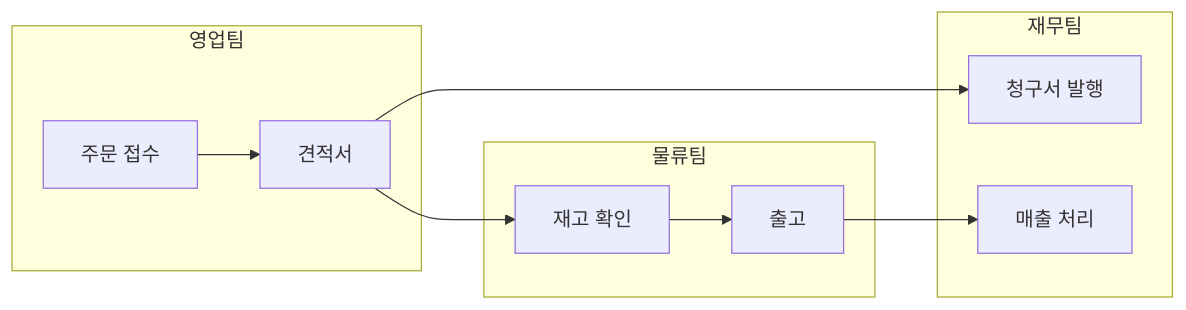
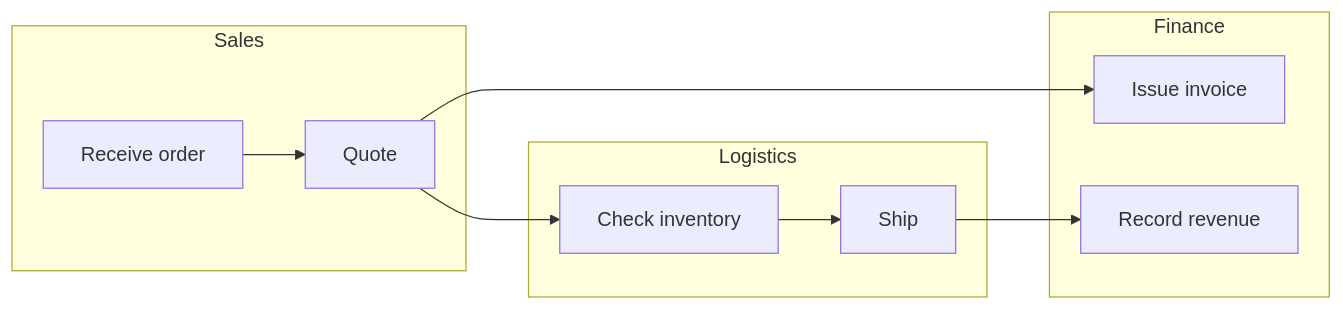
One commit to chodolmu/taskforge-pro changed the third of 3 diagrams in harnesses/operations/operations-manual/skills/flowchart-standards/skill.md. Above: the diagram before and after it, drawn with Mermaid. The commit also changed other lines of this file and 952 other files, not shown here.

````diff
--- a/harnesses/operations/operations-manual/skills/flowchart-standards/skill.md
+++ b/harnesses/operations/operations-manual/skills/flowchart-standards/skill.md
@@ -52,14 +52,14 @@
 ```mermaid
 flowchart LR
-    subgraph 영업팀
-        A[주문 접수] --> B[견적서]
+    subgraph Sales
+        A[Receive order] --> B[Quote]
     end
-    subgraph 물류팀
-        B --> C[재고 확인]
-        C --> D[출고]
+    subgraph Logistics
+        B --> C[Check inventory]
+        C --> D[Ship]
     end
-    subgraph 재무팀
-        B --> E[청구서 발행]
-        D --> F[매출 처리]
+    subgraph Finance
+        B --> E[Issue invoice]
+        D --> F[Record revenue]
     end
 ```
````
